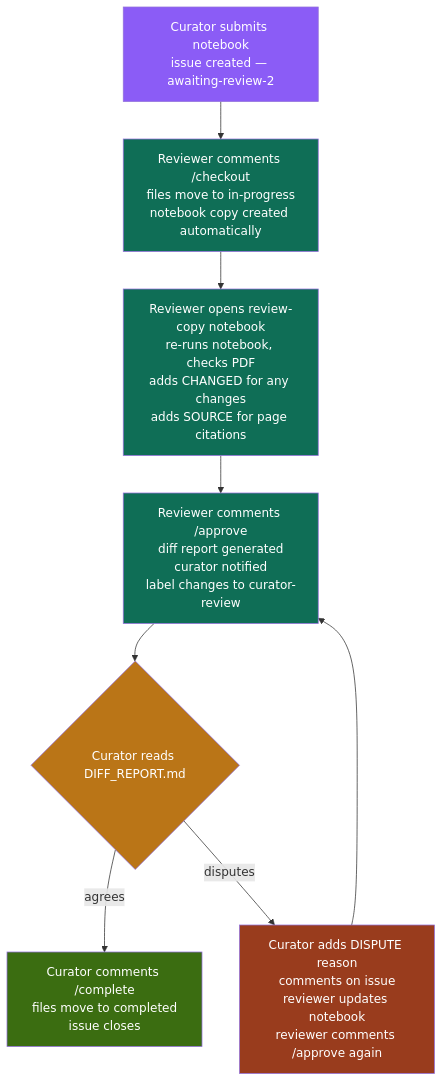
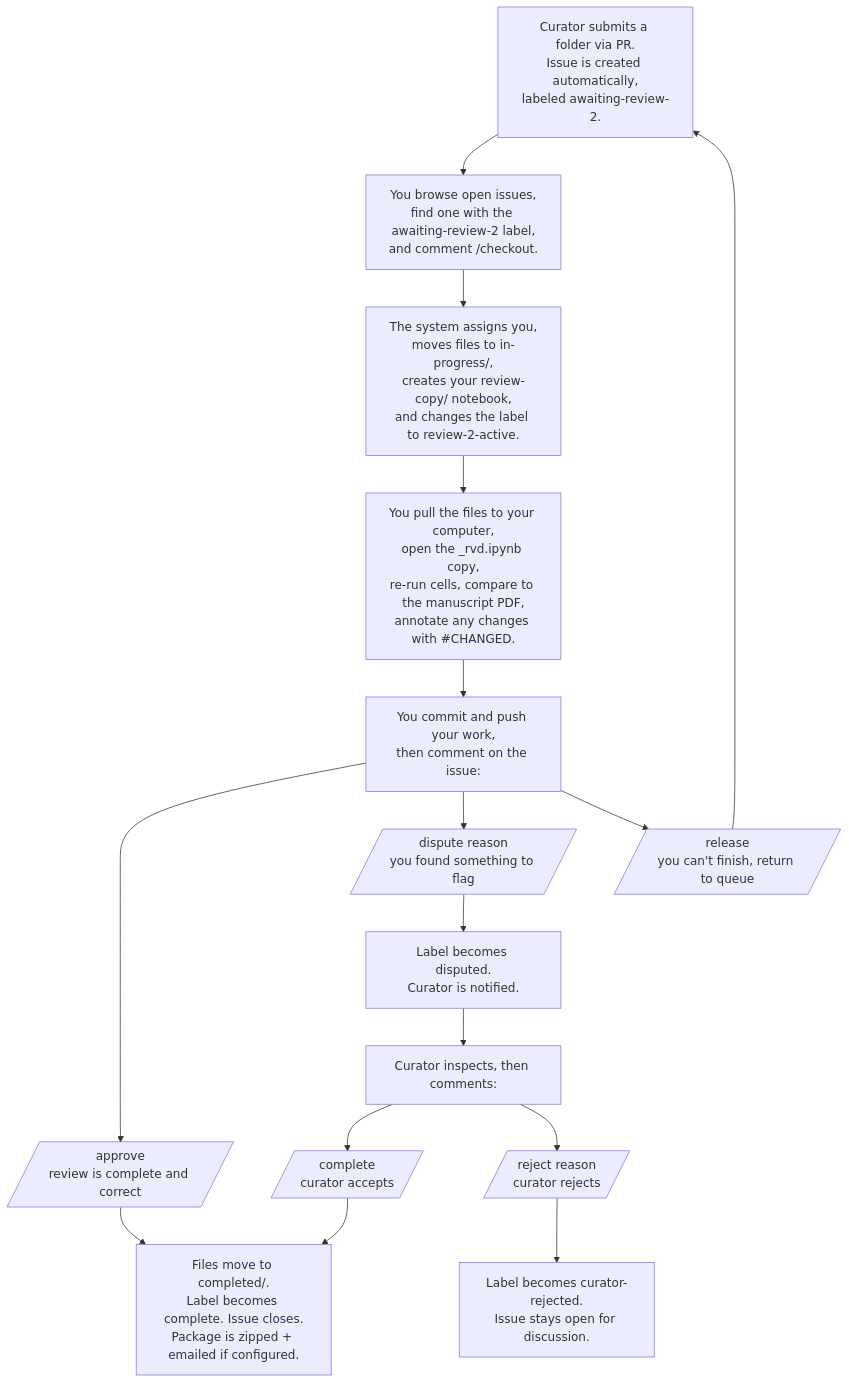
Before and after one commit to Lizo-RoadTown/file_queuing_system: the diagram in CONTRIBUTING.md, drawn with Mermaid. The commit also changed other lines of this file and 7 other files, not shown here.

````diff
--- a/CONTRIBUTING.md
+++ b/CONTRIBUTING.md
@@ -24,25 +17,19 @@
 ```mermaid
 flowchart TD
-    A[Curator submits notebook\nissue created — awaiting-review-2] --> B
-
-    B[Reviewer comments /checkout\nfiles move to in-progress\nnotebook copy created automatically] --> C
-
-    C[Reviewer opens review-copy notebook\nre-runs notebook, checks PDF\nadds CHANGED for any changes\nadds SOURCE for page citations] --> D
-
-    D[Reviewer comments /approve\ndiff report generated\ncurator notified\nlabel changes to curator-review] --> E
-
-    E{Curator reads DIFF_REPORT.md} --> |agrees| F
-    E --> |disputes| G
-
-    F[Curator comments /complete\nfiles move to completed\nissue closes]
-
-    G[Curator adds DISPUTE reason\ncomments on issue\nreviewer updates notebook\nreviewer comments /approve again] --> D
-
-    style A fill:#8B5CF6,color:#fff
-    style B fill:#0F6E56,color:#fff
-    style C fill:#0F6E56,color:#fff
-    style D fill:#0F6E56,color:#fff
-    style E fill:#BA7517,color:#fff
-    style F fill:#3B6D11,color:#fff
-    style G fill:#993C1D,color:#fff
+    A[Curator submits a folder via PR.<br/>Issue is created automatically,<br/>labeled awaiting-review-2.] --> B
+    B[You browse open issues,<br/>find one with the awaiting-review-2 label,<br/>and comment /checkout.] --> C
+    C[The system assigns you,<br/>moves files to in-progress/,<br/>creates your review-copy/ notebook,<br/>and changes the label to review-2-active.] --> D
+    D[You pull the files to your computer,<br/>open the _rvd.ipynb copy,<br/>re-run cells, compare to the manuscript PDF,<br/>annotate any changes with #CHANGED.] --> E
+    E[You commit and push your work,<br/>then comment on the issue:]
+    E --> F[/approve<br/>review is complete and correct/]
+    E --> G[/dispute reason<br/>you found something to flag/]
+    E --> H[/release<br/>you can't finish, return to queue/]
+    F --> I[Files move to completed/.<br/>Label becomes complete. Issue closes.<br/>Package is zipped + emailed if configured.]
+    G --> J[Label becomes disputed.<br/>Curator is notified.]
+    J --> K[Curator inspects, then comments:]
+    K --> L[/complete<br/>curator accepts/]
+    K --> M[/reject reason<br/>curator rejects/]
+    L --> I
+    M --> N[Label becomes curator-rejected.<br/>Issue stays open for discussion.]
+    H --> A
 ```
````
